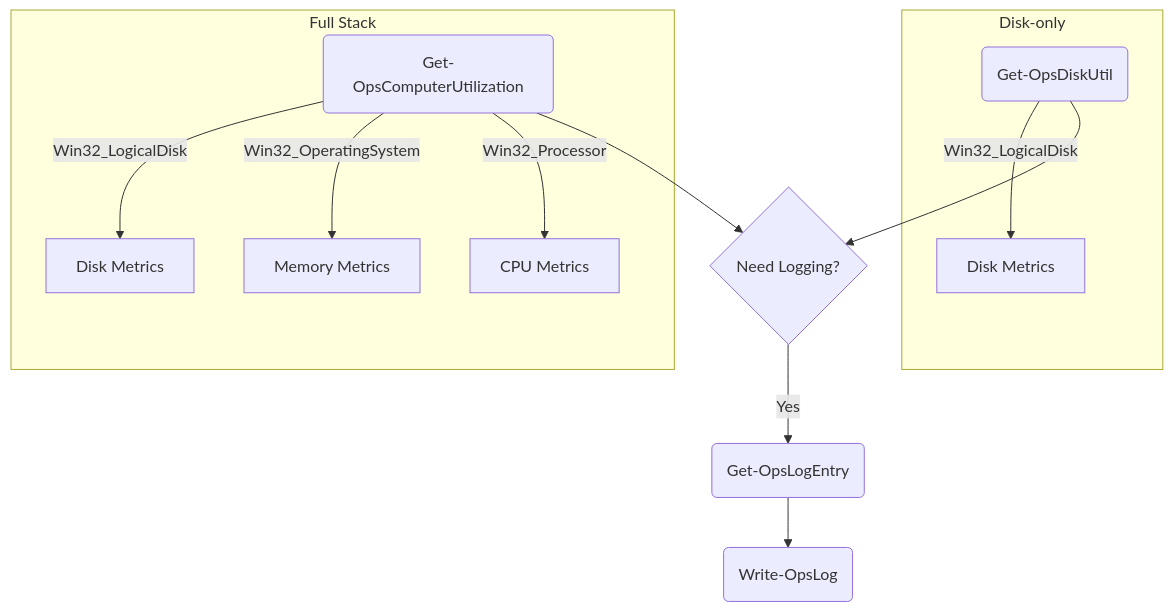
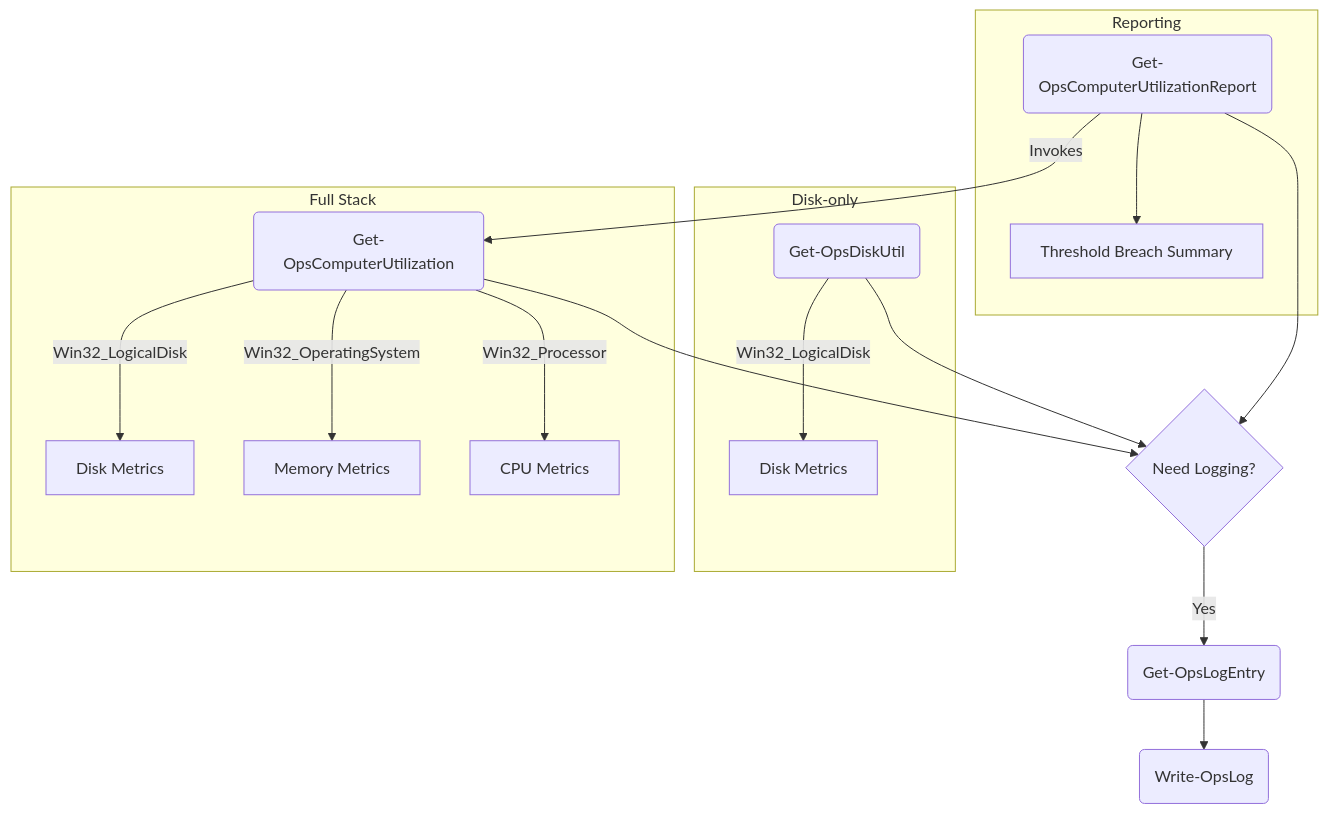
The diagram in ModuleScenario/ModuleDoc.md (ecaha/polyglot), drawn with Mermaid before and after one commit. The commit also changed other lines of this file and 2 other files, not shown here.

Commit message:
added utilization report

````diff
--- a/ModuleScenario/ModuleDoc.md
+++ b/ModuleScenario/ModuleDoc.md
@@ -63,14 +64,18 @@
 ```mermaid
 flowchart TD
-    subgraph Disk-only
-        A(Get-OpsDiskUtil) -->|Win32_LogicalDisk| B[Disk Metrics]
-    end
-    subgraph Full Stack
-        C(Get-OpsComputerUtilization) -->|Win32_LogicalDisk| D[Disk Metrics]
-        C -->|Win32_OperatingSystem| E[Memory Metrics]
-        C -->|Win32_Processor| F[CPU Metrics]
-    end
-    A & C --> G{Need Logging?}
-    G -->|Yes| H(Get-OpsLogEntry)
-    H --> I(Write-OpsLog)
+  subgraph Disk-only
+    A(Get-OpsDiskUtil) -->|Win32_LogicalDisk| B[Disk Metrics]
+  end
+  subgraph Full Stack
+    C(Get-OpsComputerUtilization) -->|Win32_LogicalDisk| D[Disk Metrics]
+    C -->|Win32_OperatingSystem| E[Memory Metrics]
+    C -->|Win32_Processor| F[CPU Metrics]
+  end
+  subgraph Reporting
+    J(Get-OpsComputerUtilizationReport) -->|Invokes| C
+    J --> K[Threshold Breach Summary]
+  end
+  A & C & J --> L{Need Logging?}
+  L -->|Yes| H(Get-OpsLogEntry)
+  H --> I(Write-OpsLog)
 ```
````
